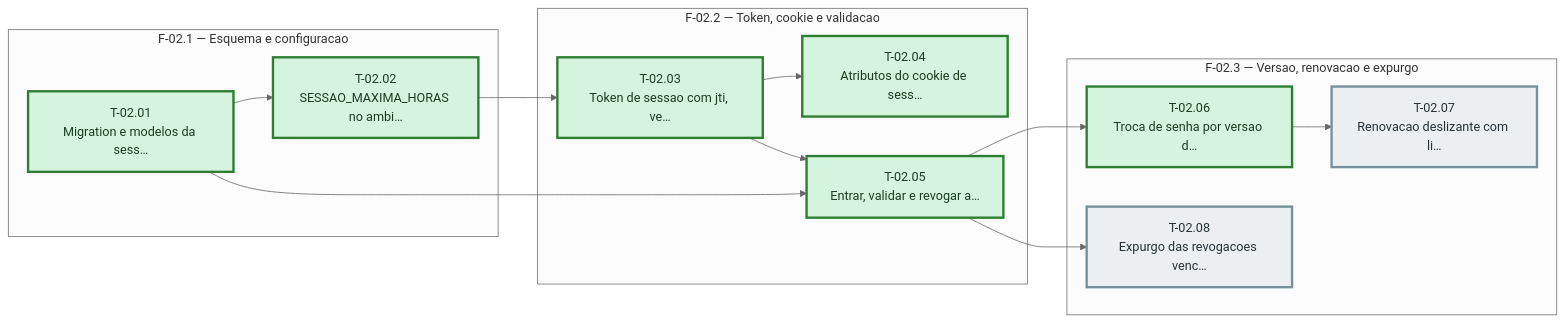
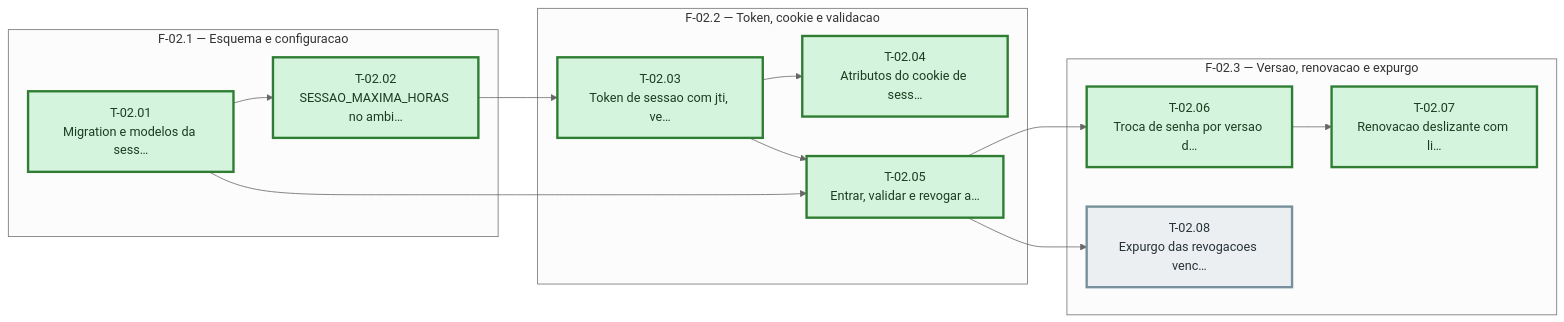
The diagram in docs/sessao-e-acesso-endurecidos/sprint-02/fases.md (bittencourtthulio/converse-chatbot), drawn with Mermaid (neutral theme) before and after one commit. The commit also changed 4 other files, not shown here.

````diff
--- a/docs/sessao-e-acesso-endurecidos/sprint-02/fases.md
+++ b/docs/sessao-e-acesso-endurecidos/sprint-02/fases.md
@@ -38,42 +38,42 @@
 ```mermaid
 %% Grafo de tasks — sprint-02 — gerado pela sprintx a partir de tasks.md
 flowchart LR
   subgraph fase_02_1["F-02.1 — Esquema e configuracao"]
     T_02_01["T-02.01<br/>Migration e modelos da sess…"]
     T_02_02["T-02.02<br/>SESSAO_MAXIMA_HORAS no ambi…"]
   end
   subgraph fase_02_2["F-02.2 — Token, cookie e validacao"]
     T_02_03["T-02.03<br/>Token de sessao com jti, ve…"]
     T_02_04["T-02.04<br/>Atributos do cookie de sess…"]
     T_02_05["T-02.05<br/>Entrar, validar e revogar a…"]
   end
   subgraph fase_02_3["F-02.3 — Versao, renovacao e expurgo"]
     T_02_06["T-02.06<br/>Troca de senha por versao d…"]
     T_02_07["T-02.07<br/>Renovacao deslizante com li…"]
     T_02_08["T-02.08<br/>Expurgo das revogacoes venc…"]
   end
   T_02_01 --> T_02_02
   T_02_02 --> T_02_03
   T_02_03 --> T_02_04
   T_02_01 --> T_02_05
   T_02_03 --> T_02_05
   T_02_05 --> T_02_06
   T_02_06 --> T_02_07
   T_02_05 --> T_02_08
 
   classDef concluida fill:#d4f4dd,stroke:#2e7d32,color:#1b3d20
   classDef andamento fill:#fff3cd,stroke:#b8860b,color:#4a3800
   classDef bloqueada fill:#f8d7da,stroke:#c62828,color:#4a1d1f
   classDef pendente  fill:#eceff1,stroke:#78909c,color:#263238
   classDef critico   stroke-width:3px
 
   class T_02_01 concluida
   class T_02_02 concluida
   class T_02_03 concluida
   class T_02_04 concluida
   class T_02_05 concluida
   class T_02_06 concluida
-  class T_02_07 pendente
+  class T_02_07 concluida
   class T_02_08 pendente
   class T_02_01,T_02_02,T_02_03,T_02_04,T_02_05,T_02_06,T_02_07,T_02_08 critico
 ```
````
